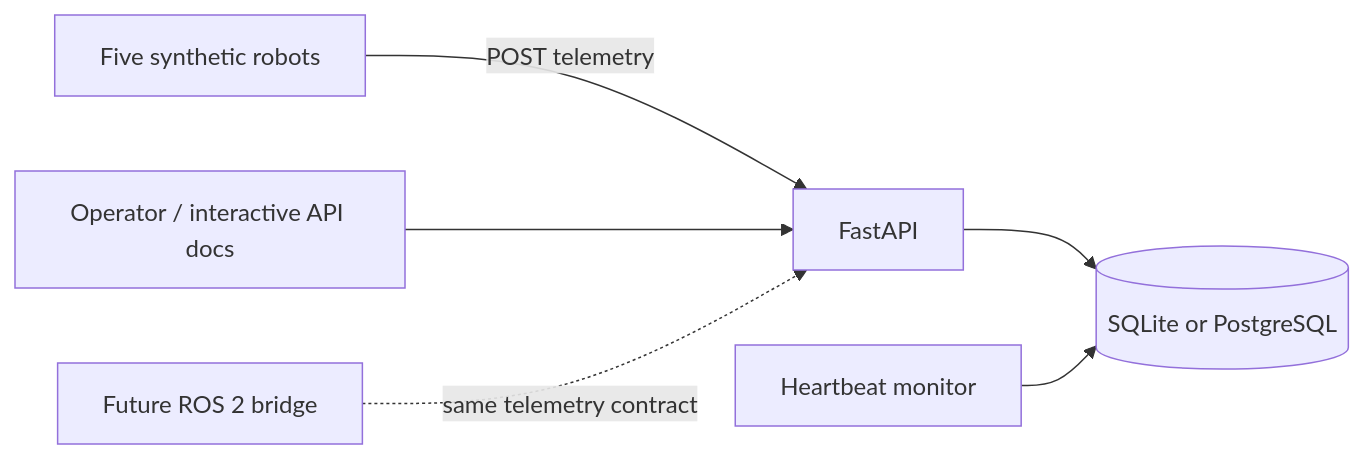
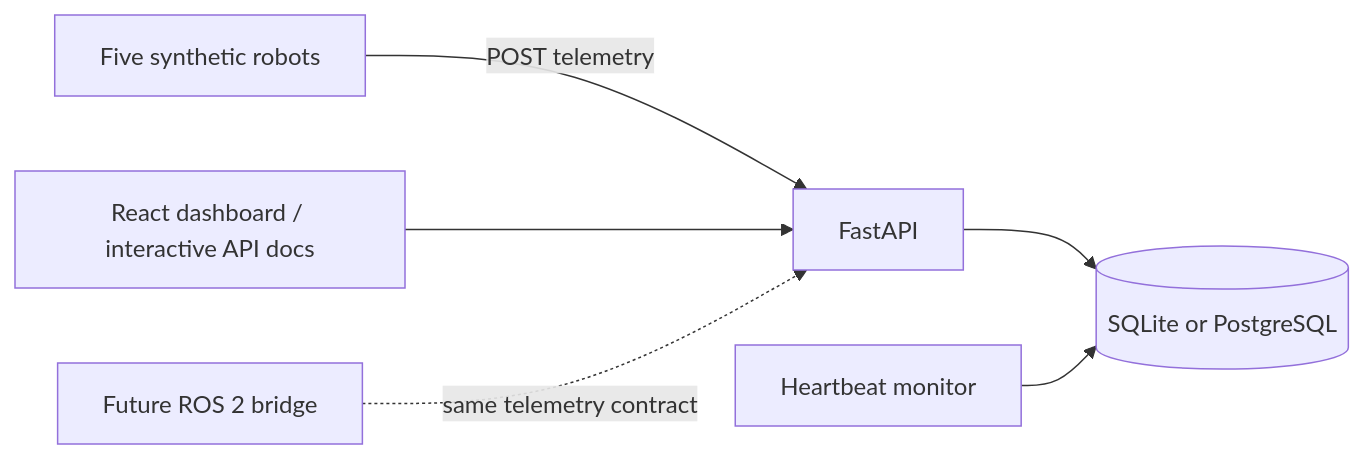
Before and after one commit to ParsaDj/ATLAS: the diagram in docs/architecture.md, drawn with Mermaid. The commit also changed other lines of this file and 21 other files, not shown here.

````diff
--- a/docs/architecture.md
+++ b/docs/architecture.md
@@ -3,8 +3,8 @@
 ```mermaid
 flowchart LR
   Simulator[Five synthetic robots] -->|POST telemetry| API[FastAPI]
   API --> DB[(SQLite or PostgreSQL)]
   Monitor[Heartbeat monitor] --> DB
-  Operator[Operator / interactive API docs] --> API
+  Operator[React dashboard / interactive API docs] --> API
   Future[Future ROS 2 bridge] -. same telemetry contract .-> API
 ```
````
